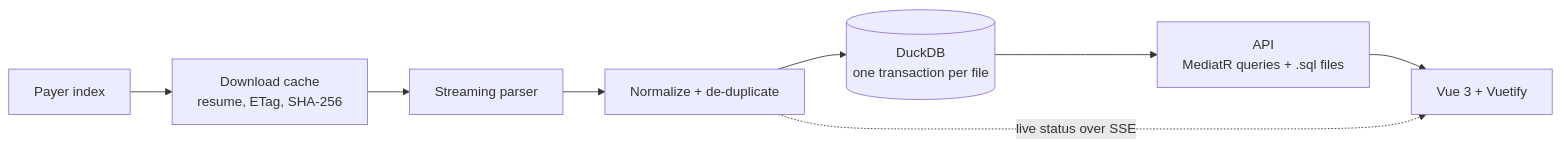
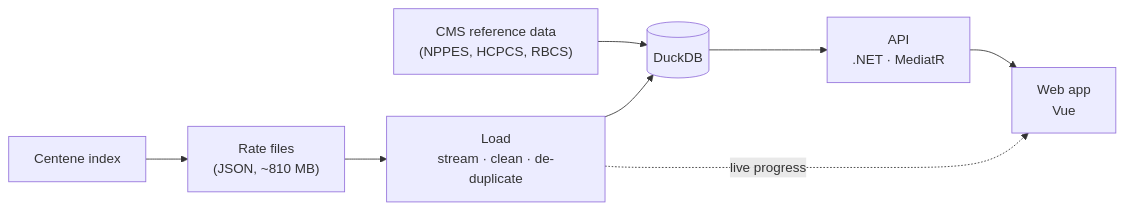
One commit to bleepbleep88/price-transparency-explorer changed the diagram in README.md. Above: the diagram before and after it, drawn with Mermaid. The commit also changed other lines of this file and 2 other files, not shown here.

````diff
--- a/README.md
+++ b/README.md
@@ -54,10 +17,10 @@
 ```mermaid
 flowchart LR
-  index[Payer index] --> download[Download cache<br/>resume, ETag, SHA-256]
-  download --> parse[Streaming parser]
-  parse --> clean[Normalize + de-duplicate]
-  clean --> db[(DuckDB<br/>one transaction per file)]
-  db --> api[API<br/>MediatR queries + .sql files]
-  api --> web[Vue 3 + Vuetify]
-  clean -. live status over SSE .-> web
+  idx["Centene index"] --> files["Rate files<br/>(JSON, ~810 MB)"]
+  files --> load["Load<br/>stream · clean · de-duplicate"]
+  ref["CMS reference data<br/>(NPPES, HCPCS, RBCS)"] --> db
+  load --> db[("DuckDB")]
+  db --> api["API<br/>.NET · MediatR"]
+  api --> web["Web app<br/>Vue"]
+  load -. live progress .-> web
 ```
````
